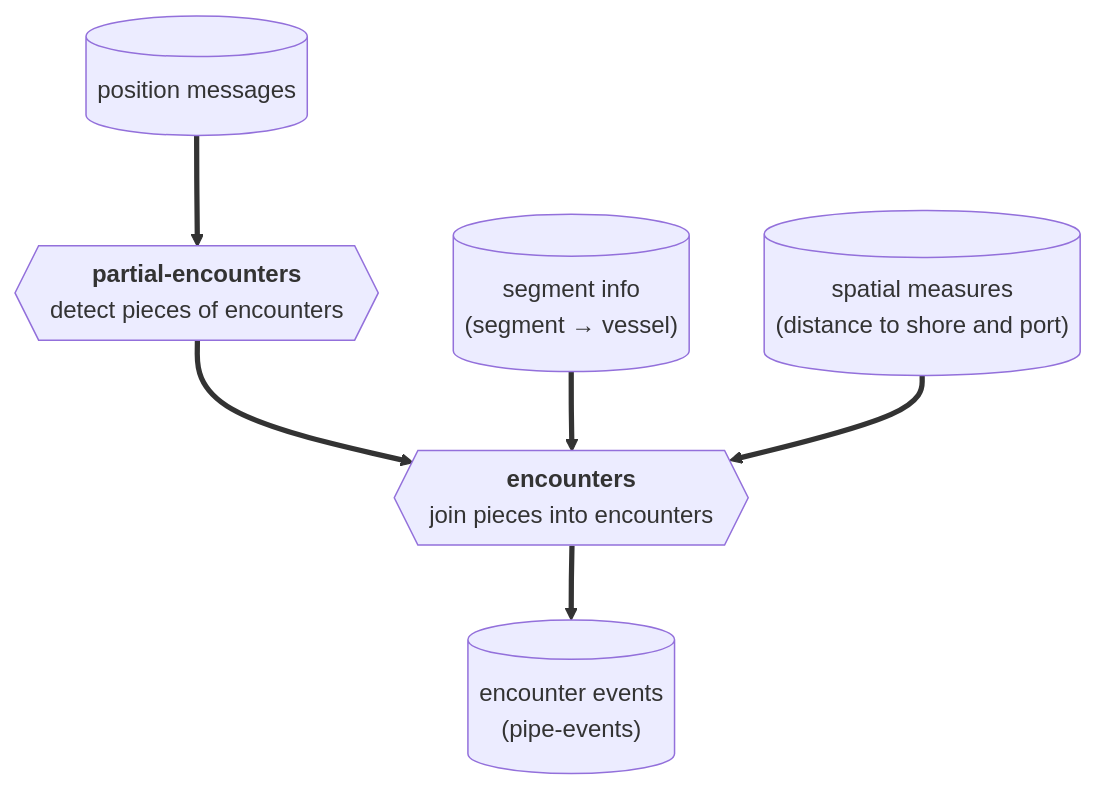
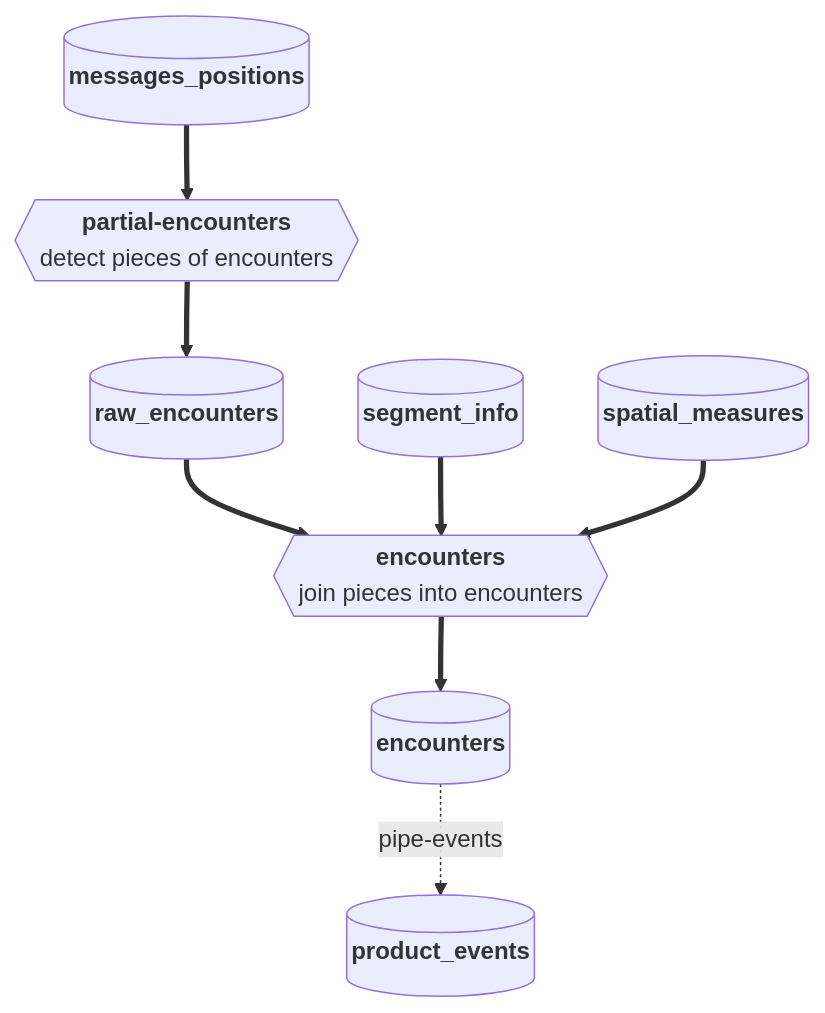
The diagram in README.md (GlobalFishingWatch/pipe-encounters), drawn with Mermaid before and after one commit. The commit also changed other lines of this file, not shown here.

Commit message:
Name the tables in the README diagram and make its shapes smaller
- The cylinders show the production table names (messages_positions,
  segment_info, spatial_measures, raw_encounters, encounters, product_events),
  without notes in parentheses.
- Bold titles in every shape.
- A dotted pipe-events edge into product_events, and a sentence below the
  diagram saying pipe-events currently generates it from encounters.
- flowchart.padding 6 makes every shape about 13% smaller (checked rendering
  with Mermaid 12 and GitHub's settings).

````diff
--- a/README.md
+++ b/README.md
@@ -77,20 +77,23 @@
 ```mermaid
 ---
 config:
   look: classic
   layout: dagre
   flowchart:
     wrappingWidth: 400
+    padding: 6
 ---
 flowchart TD
-    POS[("position messages")]
-    SEG[("segment info<br/>(segment → vessel)")]
-    SPM[("spatial measures<br/>(distance to shore and port)")]
-    PE{{"<b>partial-encounters</b><br/>detect pieces of encounters"}}
-    EN{{"<b>encounters</b><br/>join pieces into encounters"}}
-    EV[("encounter events<br/>(pipe-events)")]
+    MP[("<b>messages_positions</b>")]
+    SI[("<b>segment_info</b>")]
+    SM[("<b>spatial_measures</b>")]
+    RE[("<b>raw_encounters</b>")]
+    EN[("<b>encounters</b>")]
+    EV[("<b>product_events</b>")]
+    PC{{"<b>partial-encounters</b><br/>detect pieces of encounters"}}
+    JC{{"<b>encounters</b><br/>join pieces into encounters"}}
 
-    POS ==> PE ==> EN ==> EV
-    SEG ==> EN
-    SPM ==> EN
+    MP ==> PC ==> RE ==> JC ==> EN -. pipe-events .-> EV
+    SI ==> JC
+    SM ==> JC
 ```
````
